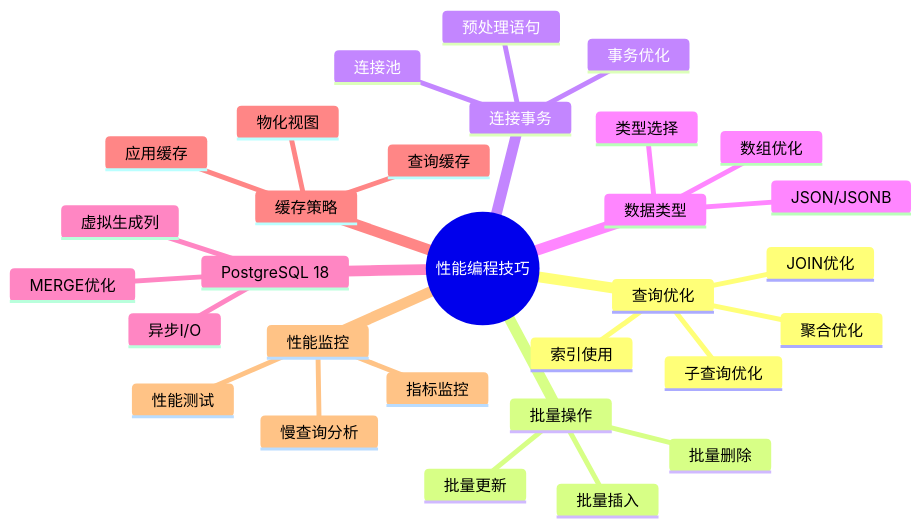
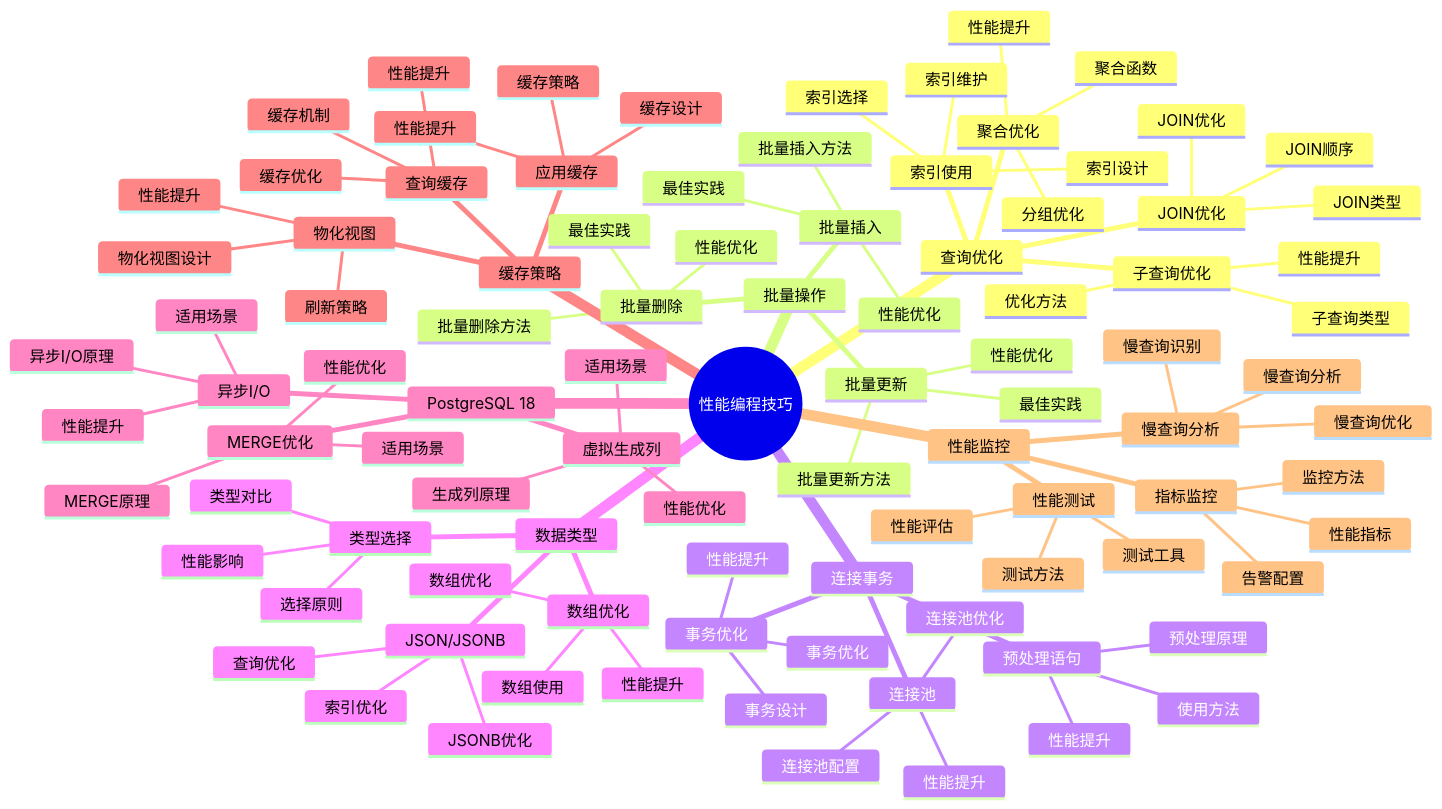
The diagram in PostgreSQL/12-全面使用分析/01-程序员视角/01.05-性能编程技巧.md (AdaMartin18010/Data-Science), drawn with Mermaid before and after one commit. The commit also changed other lines of this file and 51 other files, not shown here.

````diff
--- a/PostgreSQL/12-全面使用分析/01-程序员视角/01.05-性能编程技巧.md
+++ b/PostgreSQL/12-全面使用分析/01-程序员视角/01.05-性能编程技巧.md
@@ -58,31 +58,97 @@
   root((性能编程技巧))
     查询优化
       索引使用
+        索引选择
+        索引设计
+        索引维护
       JOIN优化
+        JOIN类型
+        JOIN顺序
+        JOIN优化
       子查询优化
+        子查询类型
+        优化方法
+        性能提升
       聚合优化
+        聚合函数
+        分组优化
+        性能提升
     批量操作
       批量插入
+        批量插入方法
+        性能优化
+        最佳实践
       批量更新
+        批量更新方法
+        性能优化
+        最佳实践
       批量删除
+        批量删除方法
+        性能优化
+        最佳实践
     连接事务
       连接池
+        连接池配置
+        连接池优化
+        性能提升
       事务优化
+        事务设计
+        事务优化
+        性能提升
       预处理语句
+        预处理原理
+        使用方法
+        性能提升
     数据类型
       类型选择
+        类型对比
+        选择原则
+        性能影响
       JSON/JSONB
+        JSONB优化
+        索引优化
+        查询优化
       数组优化
+        数组使用
+        数组优化
+        性能提升
     PostgreSQL 18
       虚拟生成列
+        生成列原理
+        性能优化
+        适用场景
       异步I/O
+        异步I/O原理
+        性能提升
+        适用场景
       MERGE优化
+        MERGE原理
+        性能优化
+        适用场景
     缓存策略
       应用缓存
+        缓存设计
+        缓存策略
+        性能提升
       查询缓存
+        缓存机制
+        缓存优化
+        性能提升
       物化视图
+        物化视图设计
+        刷新策略
+        性能提升
     性能监控
       指标监控
+        性能指标
+        监控方法
+        告警配置
       慢查询分析
+        慢查询识别
+        慢查询分析
+        慢查询优化
       性能测试
+        测试方法
+        测试工具
+        性能评估
 ```
````
